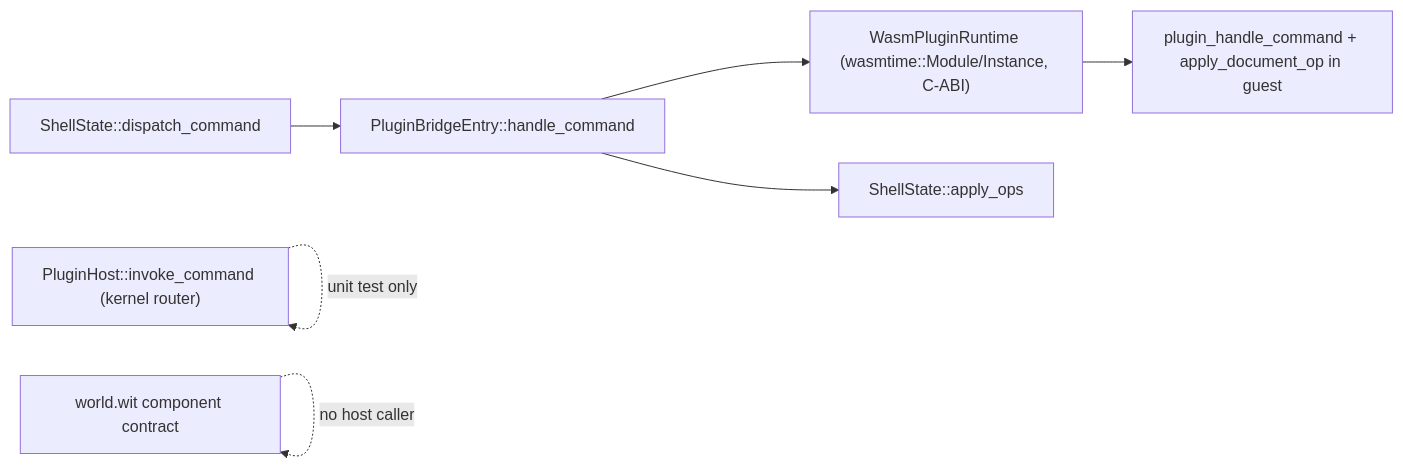
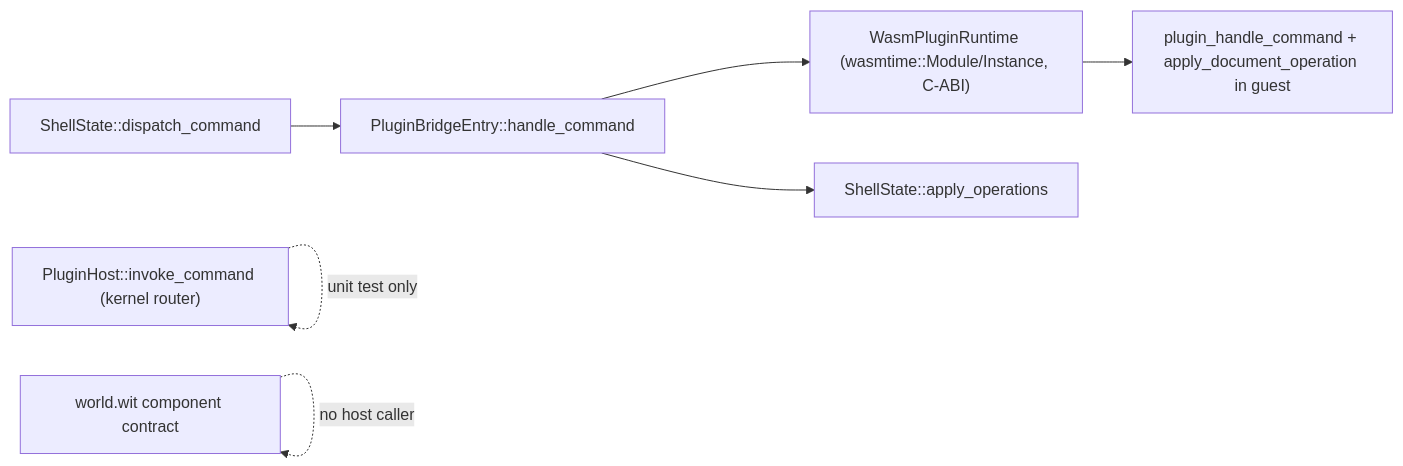
One commit to usalu/semio changed the diagram in .cursor/plans/remove_plugin_abi_legacy_41114edb.plan.md. Above: the diagram before and after it, drawn with Mermaid. The commit also changed other lines of this file and 513 other files, not shown here.

````diff
--- a/.cursor/plans/remove_plugin_abi_legacy_41114edb.plan.md
+++ b/.cursor/plans/remove_plugin_abi_legacy_41114edb.plan.md
@@ -44,9 +44,9 @@
 ```mermaid
 flowchart LR
   UI[ShellState::dispatch_command] --> PB[PluginBridgeEntry::handle_command]
   PB --> RT["WasmPluginRuntime (wasmtime::Module/Instance, C-ABI)"]
-  RT --> GUEST["plugin_handle_command + apply_document_op in guest"]
-  PB --> OPS[ShellState::apply_ops]
+  RT --> GUEST["plugin_handle_command + apply_document_operation in guest"]
+  PB --> OPS[ShellState::apply_operations]
   KERNEL["PluginHost::invoke_command (kernel router)"] -.unit test only.-> KERNEL
   WIT["world.wit component contract"] -.no host caller.-> WIT
 ```
````
